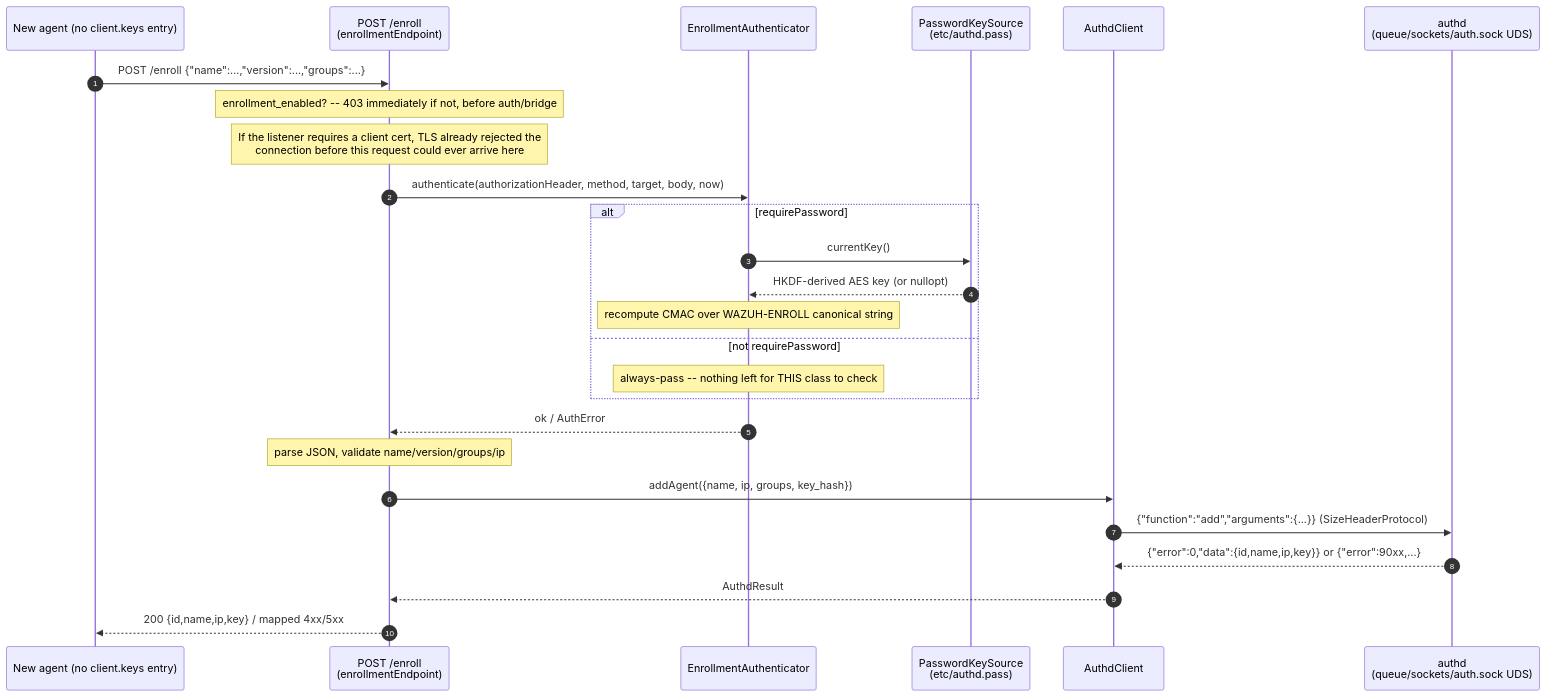
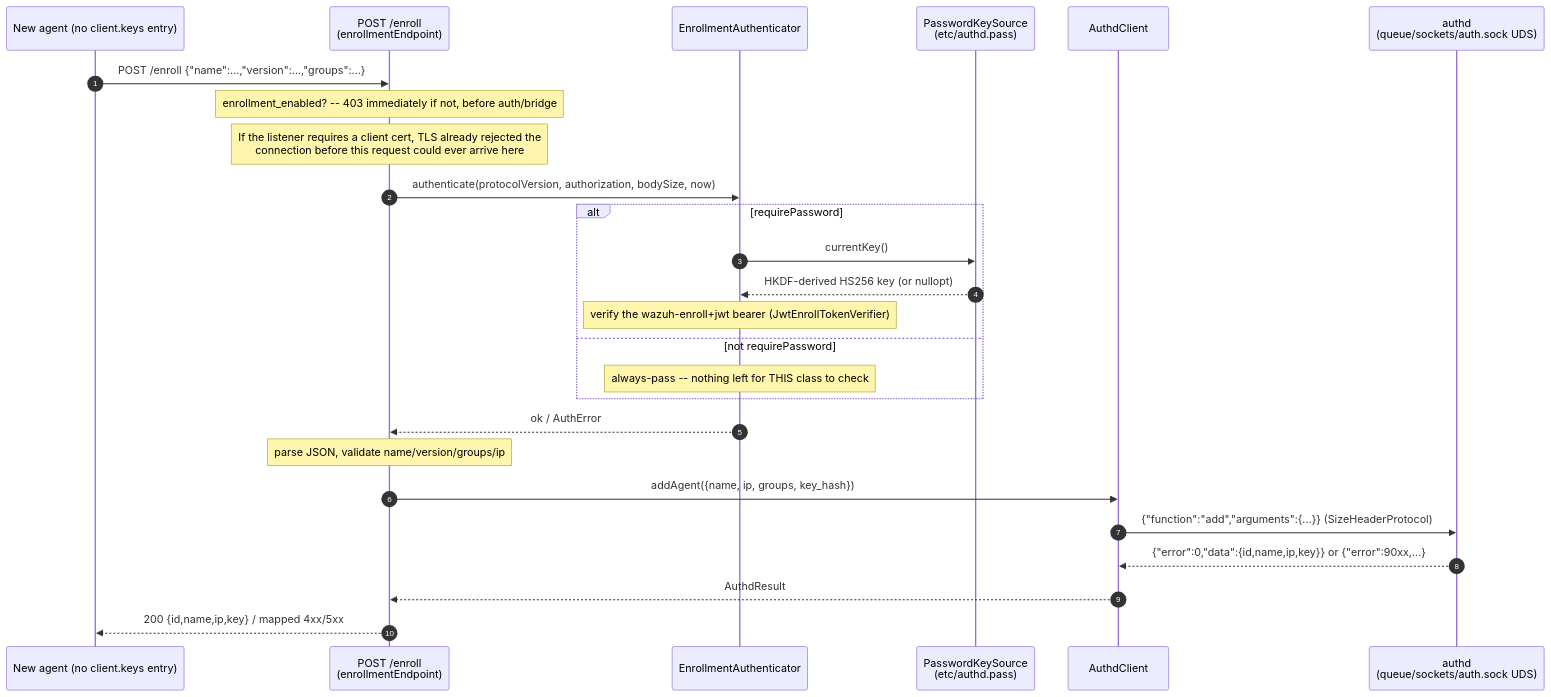
The third of 5 diagrams in src/remoted/remoted_module/README.md (wazuh/wazuh), drawn with Mermaid before and after one commit. The commit also changed other lines of this file and 31 other files, not shown here.

First line of the commit message:
docs(remoted): document the wazuh-agent+jwt / wazuh-enroll+jwt bearer profiles (#38582)

````diff
--- a/src/remoted/remoted_module/README.md
+++ b/src/remoted/remoted_module/README.md
@@ -746,29 +746,29 @@
 ```mermaid
 sequenceDiagram
     autonumber
     participant Ag as New agent (no client.keys entry)
     participant EP as POST /enroll<br/>(enrollmentEndpoint)
     participant EA as EnrollmentAuthenticator
     participant PK as PasswordKeySource<br/>(etc/authd.pass)
     participant AC as AuthdClient
     participant AD as authd<br/>(queue/sockets/auth.sock UDS)
 
     Ag->>EP: POST /enroll {"name":...,"version":...,"groups":...}
     Note over EP: enrollment_enabled? -- 403 immediately if not, before auth/bridge
     Note over EP: If the listener requires a client cert, TLS already rejected the<br/>connection before this request could ever arrive here
-    EP->>EA: authenticate(authorizationHeader, method, target, body, now)
+    EP->>EA: authenticate(protocolVersion, authorization, bodySize, now)
     alt requirePassword
         EA->>PK: currentKey()
-        PK-->>EA: HKDF-derived AES key (or nullopt)
-        Note over EA: recompute CMAC over WAZUH-ENROLL canonical string
+        PK-->>EA: HKDF-derived HS256 key (or nullopt)
+        Note over EA: verify the wazuh-enroll+jwt bearer (JwtEnrollTokenVerifier)
     else not requirePassword
         Note over EA: always-pass -- nothing left for THIS class to check
     end
     EA-->>EP: ok / AuthError
     Note over EP: parse JSON, validate name/version/groups/ip
     EP->>AC: addAgent({name, ip, groups, key_hash})
     AC->>AD: {"function":"add","arguments":{...}} (SizeHeaderProtocol)
     AD-->>AC: {"error":0,"data":{id,name,ip,key}} or {"error":90xx,...}
     AC-->>EP: AuthdResult
     EP-->>Ag: 200 {id,name,ip,key} / mapped 4xx/5xx
 ```
````
